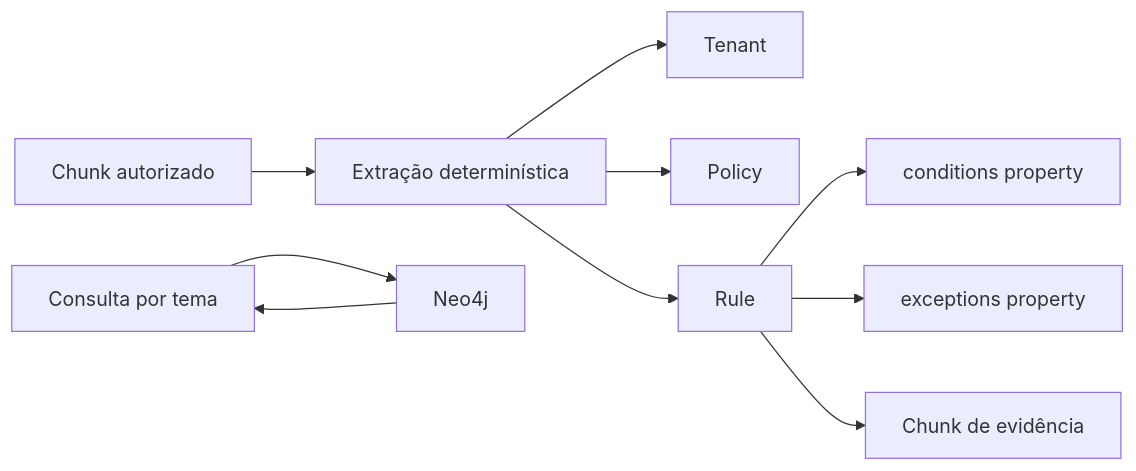
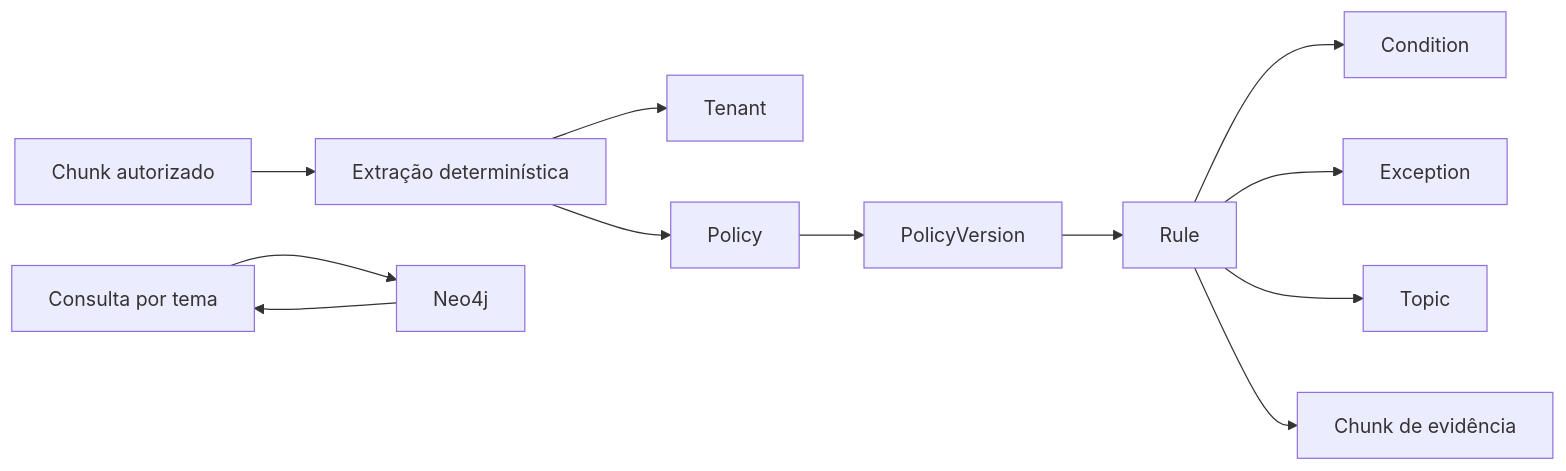
Before and after one commit to yhenriux/onfly-policy-copilot: the diagram in docs/adr/0011-rag-decisao-grafo-conhecimento-v1.md, drawn with Mermaid. The commit also changed other lines of this file and 4 other files, not shown here.

Commit message:
feat: enrich policy knowledge graph model

````diff
--- a/docs/adr/0011-rag-decisao-grafo-conhecimento-v1.md
+++ b/docs/adr/0011-rag-decisao-grafo-conhecimento-v1.md
@@ -17,12 +17,14 @@
 ```mermaid
 flowchart LR
     Chunk["Chunk autorizado"] --> Extract["Extração determinística"]
     Extract --> Tenant["Tenant"]
     Extract --> Policy["Policy"]
-    Extract --> Rule["Rule"]
-    Rule --> Condition["conditions property"]
-    Rule --> Exception["exceptions property"]
+    Policy --> Version["PolicyVersion"]
+    Version --> Rule["Rule"]
+    Rule --> Condition["Condition"]
+    Rule --> Exception["Exception"]
+    Rule --> Topic["Topic"]
     Rule --> Evidence["Chunk de evidência"]
     Question["Consulta por tema"] --> Neo4j["Neo4j"]
     Neo4j --> Question
 ```
````
